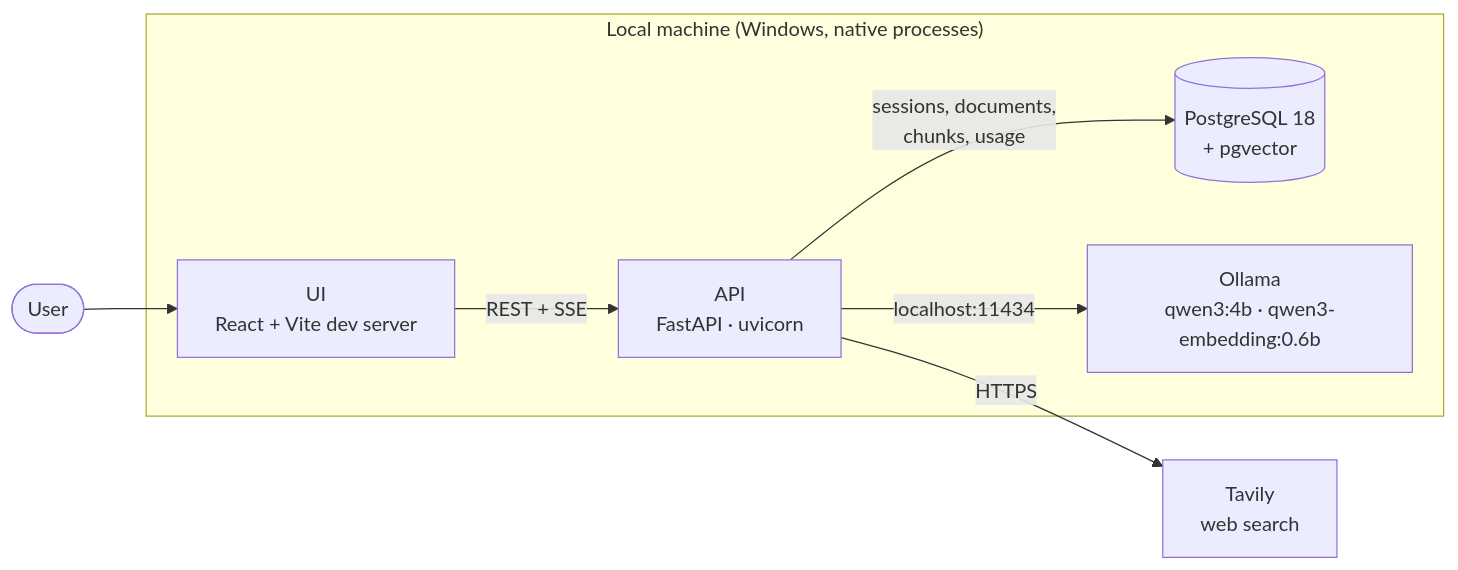
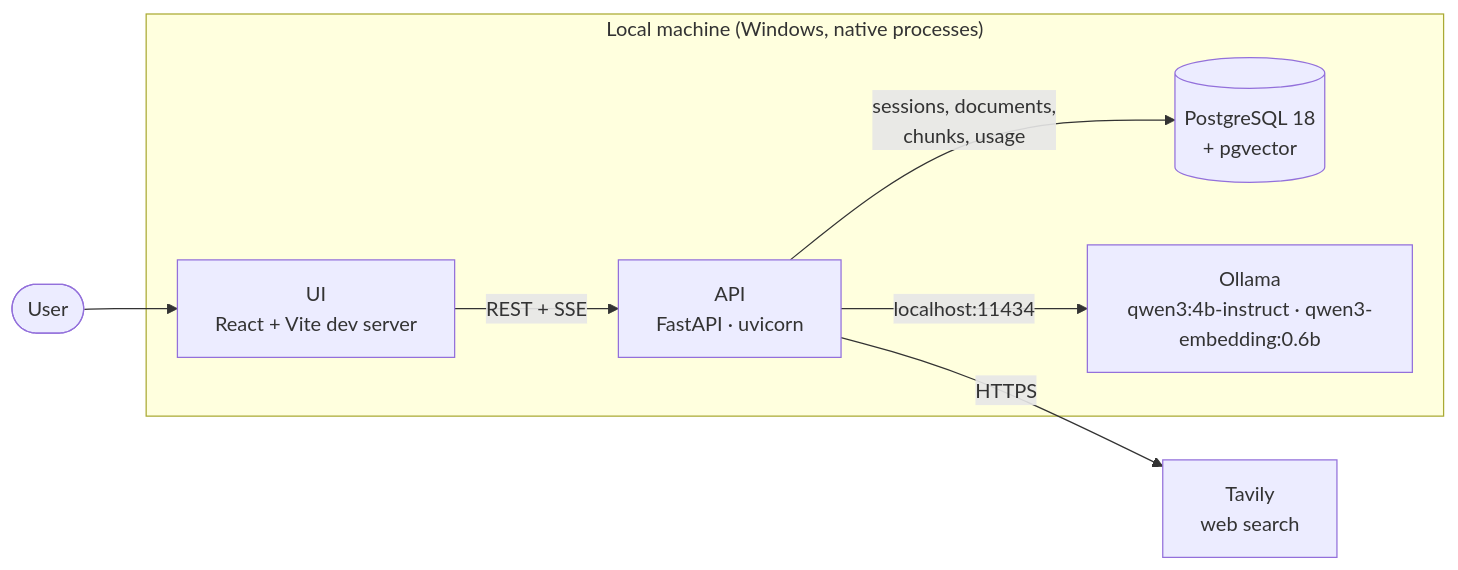
Before and after one commit to reddybharat/agentic-rag: the first of 6 diagrams in docs/architecture.md, drawn with Mermaid. The commit also changed other lines of this file and 32 other files, not shown here.

````diff
--- a/docs/architecture.md
+++ b/docs/architecture.md
@@ -17,19 +17,19 @@
 ```mermaid
 flowchart LR
     user([User])
 
     subgraph Host["Local machine (Windows, native processes)"]
         ui["UI<br/>React + Vite dev server"]
         api["API<br/>FastAPI · uvicorn"]
         db[("PostgreSQL 18<br/>+ pgvector")]
-        ollama["Ollama<br/>qwen3:4b · qwen3-embedding:0.6b"]
+        ollama["Ollama<br/>qwen3:4b-instruct · qwen3-embedding:0.6b"]
     end
 
     tavily["Tavily<br/>web search"]
 
     user --> ui
     ui -- "REST + SSE" --> api
     api -- "sessions, documents,<br/>chunks, usage" --> db
     api -- "localhost:11434" --> ollama
     api -- HTTPS --> tavily
 ```
````
